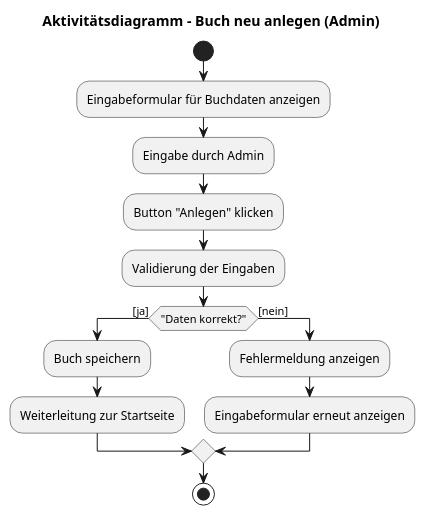
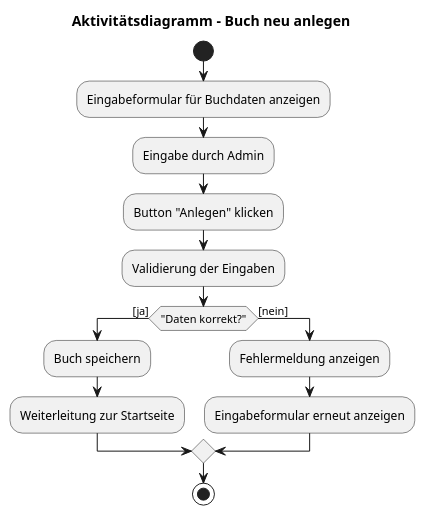
Before and after one commit to feydernoah/swe-react-frontend: the diagram in extras/doc/projekthandbuch/aktivitaetsdiarammSuche.plantuml, drawn with PlantUML. The commit also changed 6 other files, not shown here.

Commit message:
Anpassung Formatierung UMLDiagramme

```diff
--- a/extras/doc/projekthandbuch/aktivitaetsdiarammSuche.plantuml
+++ b/extras/doc/projekthandbuch/aktivitaetsdiarammSuche.plantuml
@@ -3,23 +3,23 @@
 @startuml Aktivitätsdiagramm_BuchAnlegen
 
-title Aktivitätsdiagramm – Buch neu anlegen (Admin)
+title Aktivitätsdiagramm – Buch neu anlegen
 
 start
 
 :Eingabeformular für Buchdaten anzeigen;
 :Eingabe durch Admin;
 
 :Button "Anlegen" klicken;
 :Validierung der Eingaben;
 
 if ("Daten korrekt?") then ([ja])
   :Buch speichern;
   :Weiterleitung zur Startseite;
 else ([nein])
   :Fehlermeldung anzeigen;
   :Eingabeformular erneut anzeigen;
 endif
 
 stop
 
 @enduml
```
